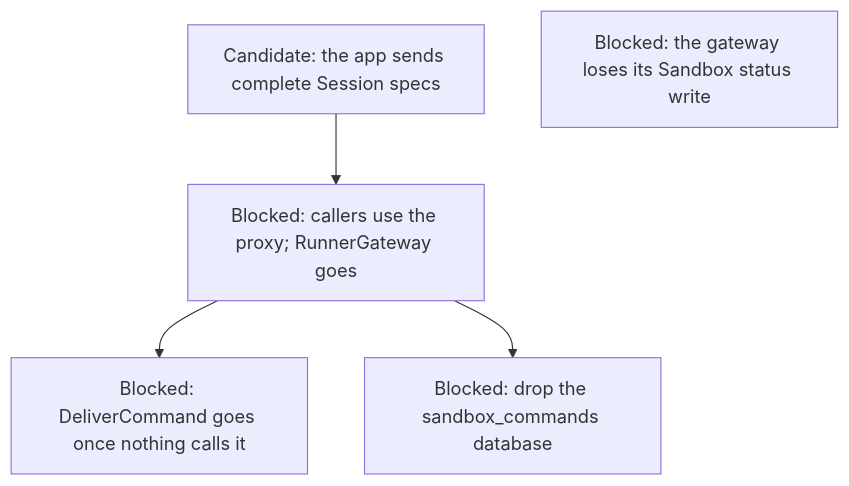
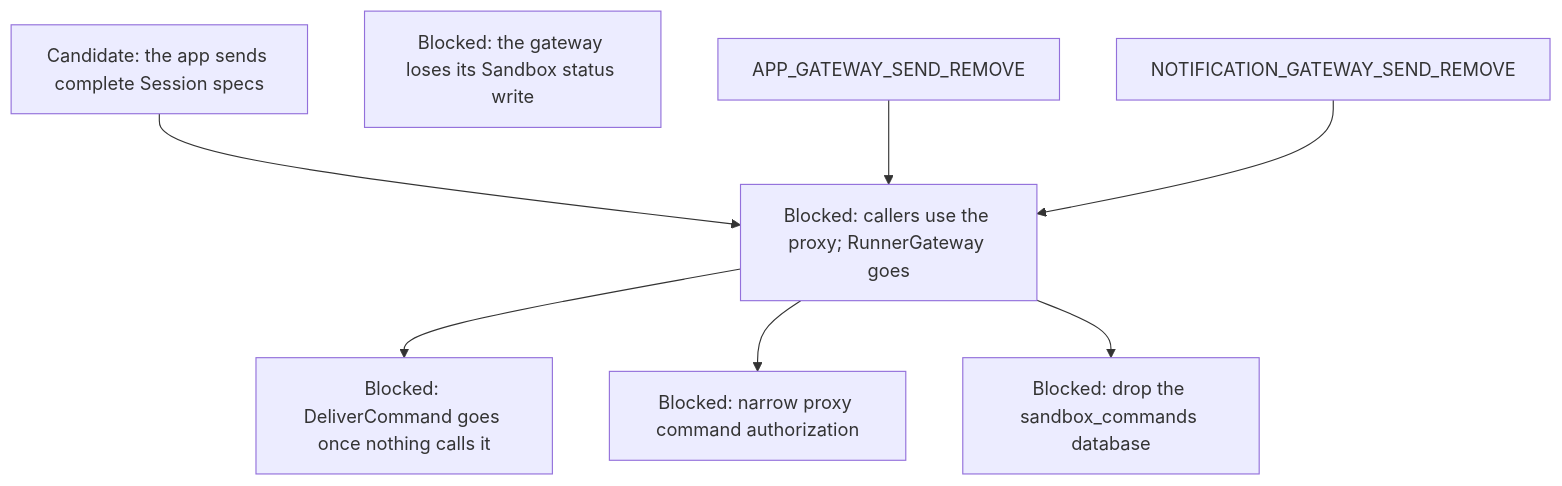
One commit to agentydragon-agent/ducktape changed diagram 15 of 15 in agentplane/plans/task_dag.md. Above: the diagram before and after it, drawn with Mermaid. The commit also changed other lines of this file and 2 other files, not shown here.

````diff
--- a/agentplane/plans/task_dag.md
+++ b/agentplane/plans/task_dag.md
@@ -1445,11 +1389,15 @@
 ```mermaid
 flowchart TD
     APP_SESSION_DEFAULTS[Candidate: the app sends complete Session specs]
     RUNNER_COMMAND_RPCS[Blocked: DeliverCommand goes once nothing calls it]
     GATEWAY_WRAPPER_RETIRE --> RUNNER_COMMAND_RPCS
     GATEWAY_WRAPPER_RETIRE[Blocked: callers use the proxy; RunnerGateway goes]
     GATEWAY_DATABASE_DROP[Blocked: drop the sandbox_commands database]
     GATEWAY_STATUS_RBAC_REMOVE[Blocked: the gateway loses its Sandbox status write]
     APP_SESSION_DEFAULTS --> GATEWAY_WRAPPER_RETIRE
+    APP_GATEWAY_SEND_REMOVE --> GATEWAY_WRAPPER_RETIRE
+    NOTIFICATION_GATEWAY_SEND_REMOVE --> GATEWAY_WRAPPER_RETIRE
+    PROXY_START_METHODS_DISPATCHER_ONLY[Blocked: narrow proxy command authorization]
+    GATEWAY_WRAPPER_RETIRE --> PROXY_START_METHODS_DISPATCHER_ONLY
     GATEWAY_WRAPPER_RETIRE --> GATEWAY_DATABASE_DROP
 ```
````
